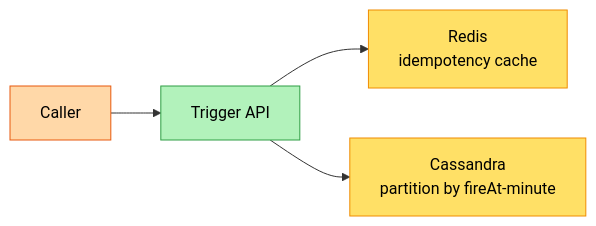
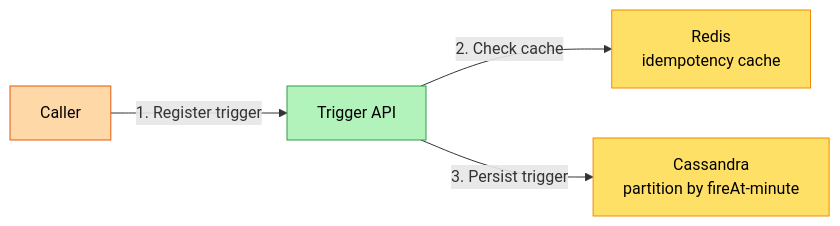
The third of 10 diagrams in content/hld/DelayedTriggerService.md (iluzn/HLD-Designs), drawn with Mermaid before and after one commit. The commit also changed other lines of this file and 27 other files, not shown here.

````diff
--- a/content/hld/DelayedTriggerService.md
+++ b/content/hld/DelayedTriggerService.md
@@ -207,13 +207,13 @@
 ```mermaid
 flowchart LR
-  Caller["Caller"] --> API["Trigger API"]
-  API --> Idem["Redis<br/>idempotency cache"]
-  API --> DB["Cassandra<br/>partition by fireAt-minute"]
+  Caller["Caller"] -->|"1. Register trigger"| API["Trigger API"]
+  API -->|"2. Check cache"| Idem["Redis<br/>idempotency cache"]
+  API -->|"3. Persist trigger"| DB["Cassandra<br/>partition by fireAt-minute"]
 
   classDef client fill:#FFD8A8,stroke:#E8590C,color:#000
   classDef service fill:#B2F2BB,stroke:#2F9E44,color:#000
   classDef data fill:#FFE066,stroke:#F08C00,color:#000
   class Caller client
   class API service
   class Idem,DB data
 ```
````
